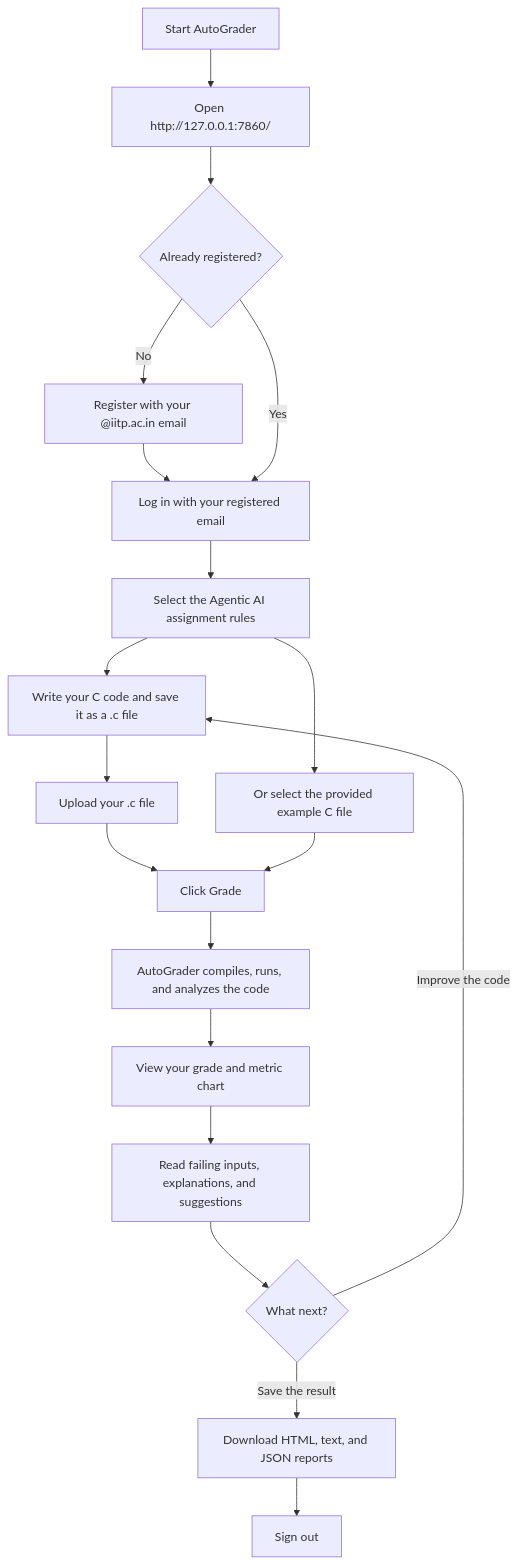
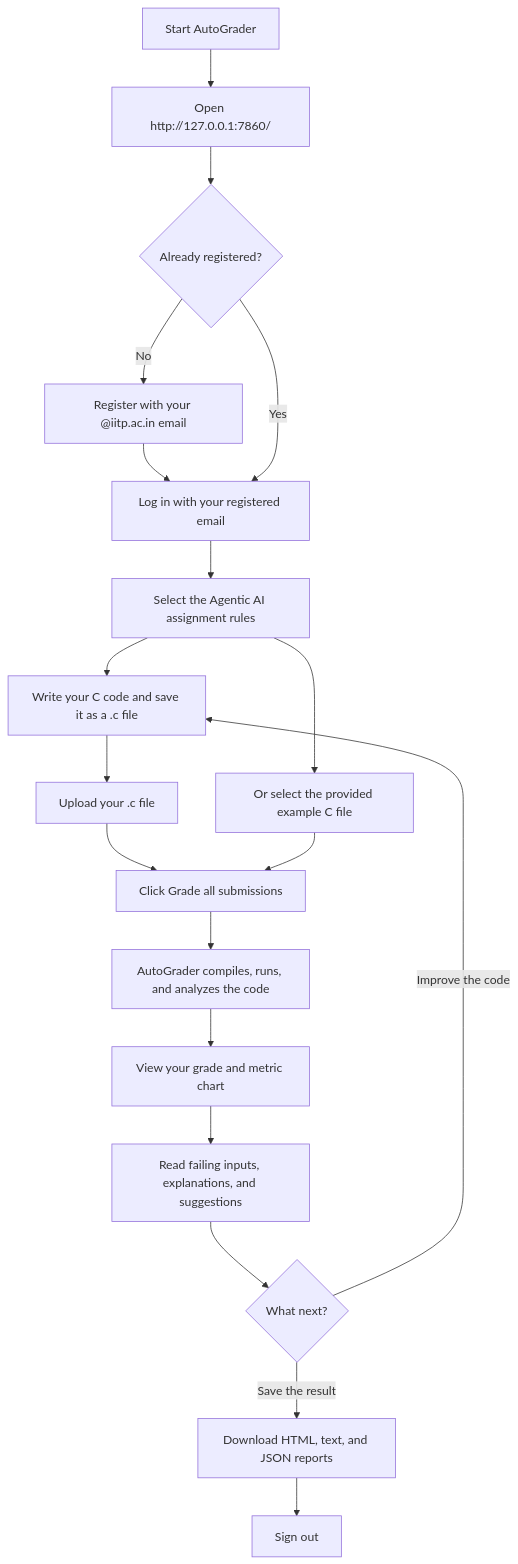
One commit to Roshanzha/AutoGrader changed the diagram in README.md. Above: the diagram before and after it, drawn with Mermaid. The commit also changed other lines of this file and 6 other files, not shown here.

````diff
--- a/README.md
+++ b/README.md
@@ -268,21 +435,21 @@
 ```mermaid
 flowchart TD
     A[Start AutoGrader] --> B[Open http://127.0.0.1:7860/]
     B --> C{Already registered?}
     C -- No --> D[Register with your @iitp.ac.in email]
     D --> E[Log in with your registered email]
     C -- Yes --> E
     E --> F[Select the Agentic AI assignment rules]
     F --> G[Write your C code and save it as a .c file]
     G --> H[Upload your .c file]
     F --> I[Or select the provided example C file]
-    H --> J[Click Grade]
+    H --> J[Click Grade all submissions]
     I --> J
     J --> K[AutoGrader compiles, runs, and analyzes the code]
     K --> L[View your grade and metric chart]
     L --> M[Read failing inputs, explanations, and suggestions]
     M --> N{What next?}
     N -- Improve the code --> G
     N -- Save the result --> O[Download HTML, text, and JSON reports]
     O --> P[Sign out]
 ```
````
